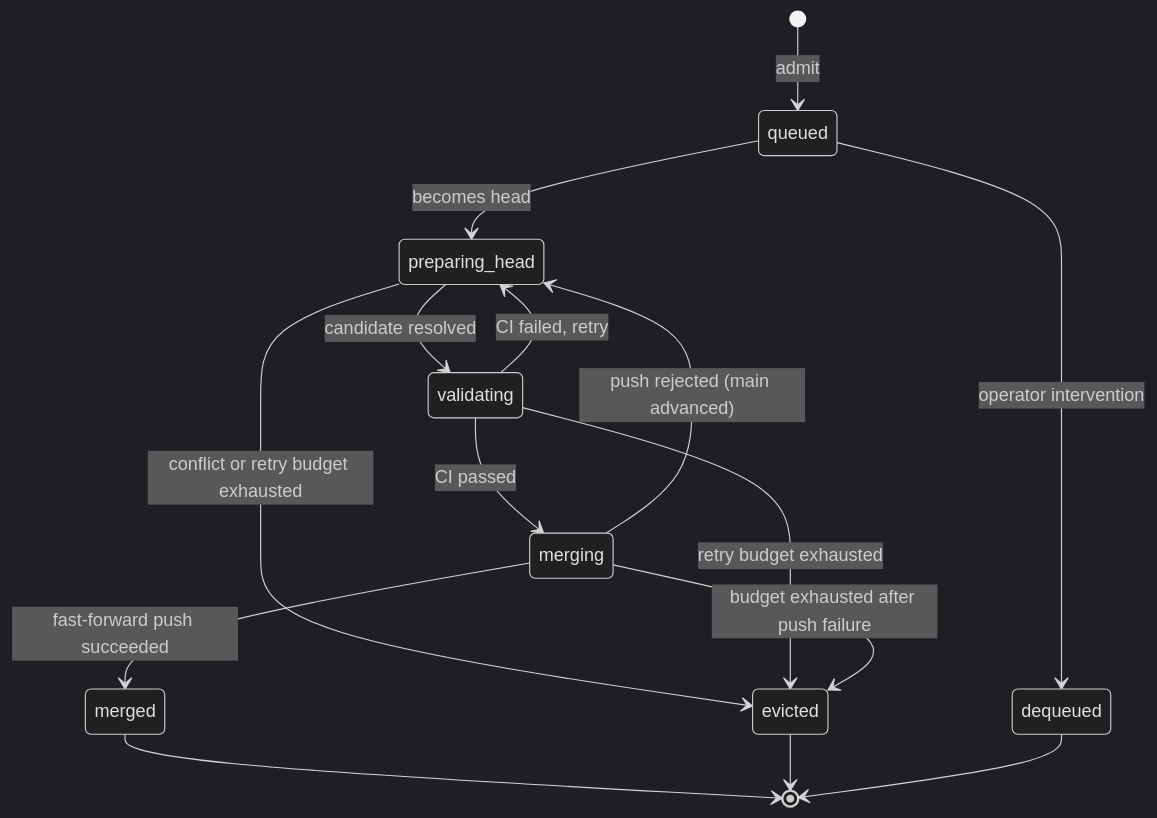
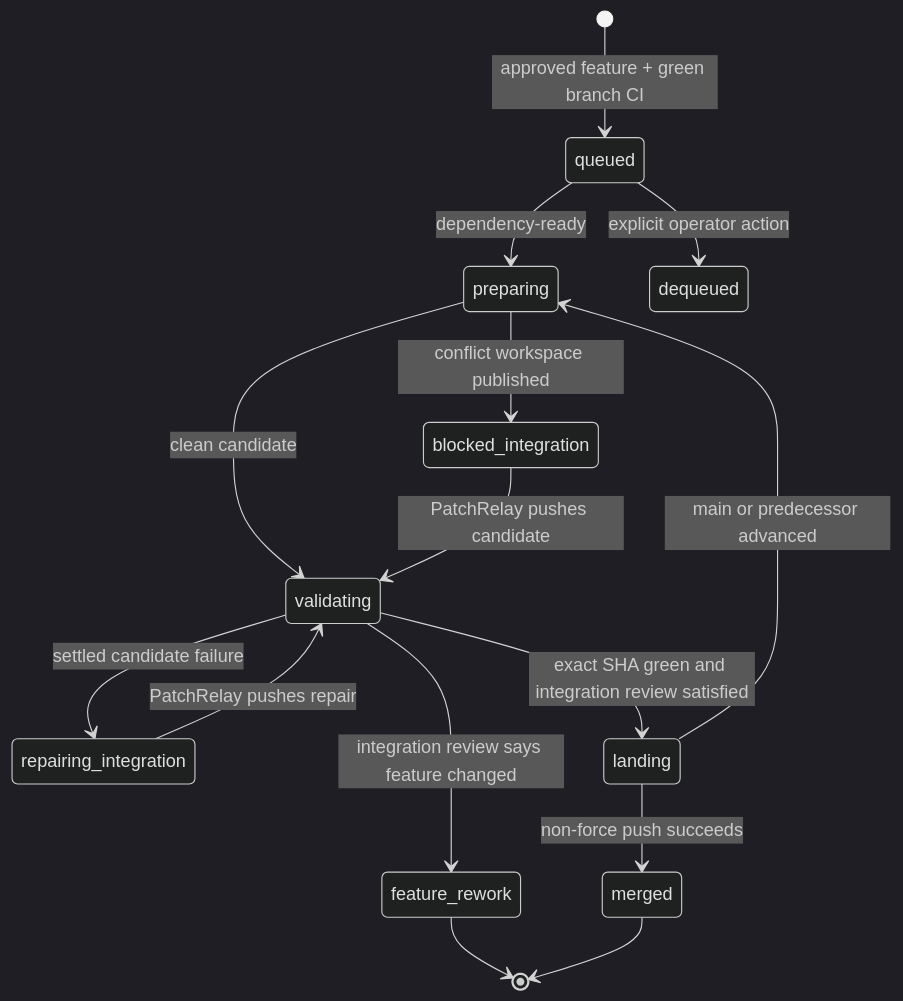
Before and after one commit to krasnoperov/patchrelay: the second of 2 diagrams in docs/merge-queue.md, drawn with Mermaid (dark theme). The commit also changed other lines of this file and 94 other files, not shown here.

````diff
--- a/docs/merge-queue.md
+++ b/docs/merge-queue.md
@@ -71,17 +135,17 @@
 ```mermaid
 stateDiagram-v2
-    [*] --> queued: admit
-    queued --> preparing_head: becomes head
-    preparing_head --> validating: candidate resolved
-    preparing_head --> evicted: conflict or retry budget exhausted
-    validating --> merging: CI passed
-    validating --> preparing_head: CI failed, retry
-    validating --> evicted: retry budget exhausted
-    merging --> merged: fast-forward push succeeded
-    merging --> preparing_head: push rejected (main advanced)
-    merging --> evicted: budget exhausted after push failure
-    queued --> dequeued: operator intervention
+    [*] --> queued: approved feature + green branch CI
+    queued --> preparing: dependency-ready
+    preparing --> validating: clean candidate
+    preparing --> blocked_integration: conflict workspace published
+    blocked_integration --> validating: PatchRelay pushes candidate
+    validating --> repairing_integration: settled candidate failure
+    repairing_integration --> validating: PatchRelay pushes repair
+    validating --> landing: exact SHA green and integration review satisfied
+    landing --> merged: non-force push succeeds
+    landing --> preparing: main or predecessor advanced
+    validating --> feature_rework: integration review says feature changed
+    feature_rework --> [*]
+    queued --> dequeued: explicit operator action
     merged --> [*]
-    evicted --> [*]
-    dequeued --> [*]
 ```
````
